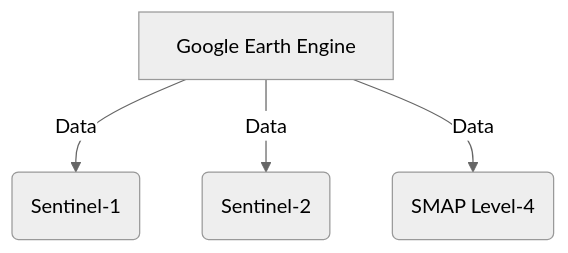
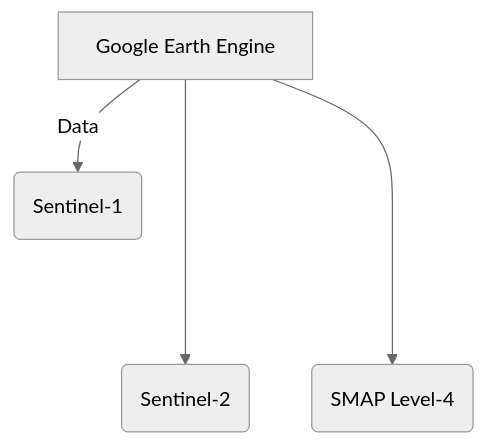
One commit to ITU-GeoAI-Challenge/3rd_place_cropland_mapping changed the diagram in README.md. Above: the diagram before and after it, drawn with Mermaid (neutral theme).

````diff
--- a/README.md
+++ b/README.md
@@ -14,6 +14,6 @@
 ```mermaid
 graph TD
     A[Google Earth Engine] -- Data --> B(Sentinel-1)
-    A -- Data --> C(Sentinel-2)
-    A -- Data --> D(SMAP Level-4)
+    A ----> C(Sentinel-2)
+    A ----> D(SMAP Level-4)
 ```
````
